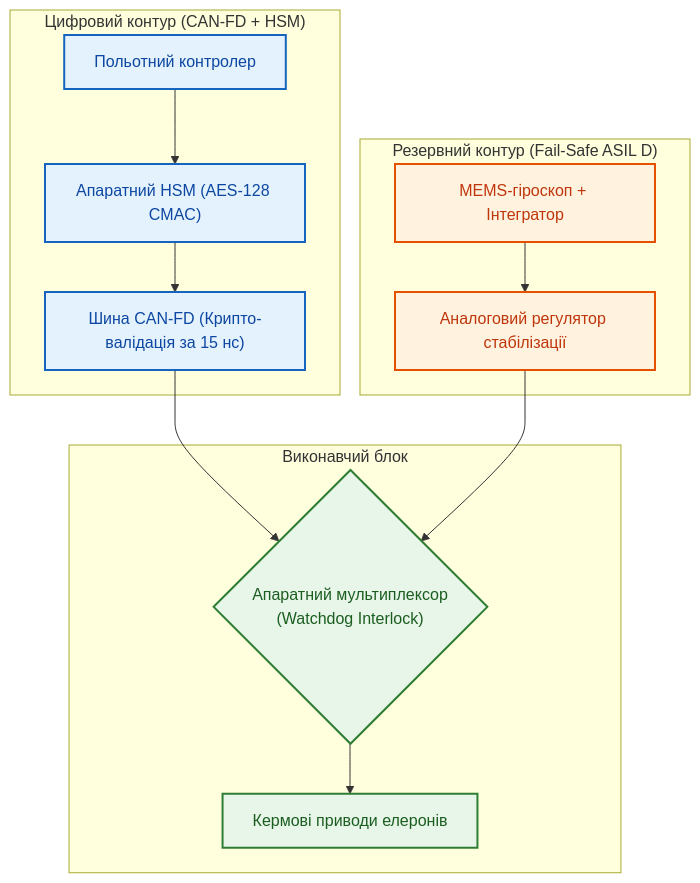
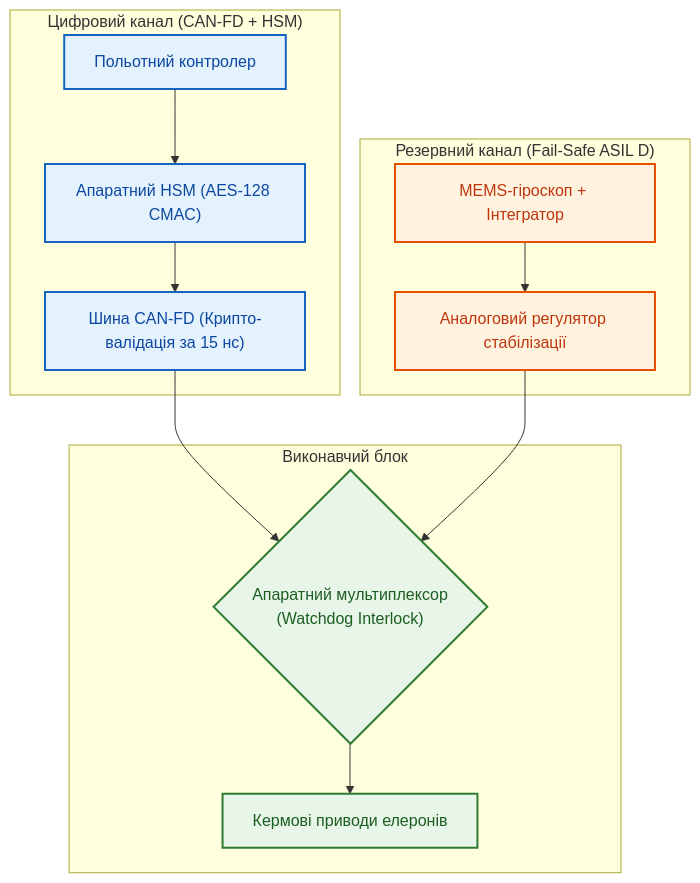
Before and after one commit to nick-fedchik/articles: the fifth of 5 diagrams in ExpertSystem/ch30-safety-cybersecurity-co-engineering.md, drawn with Mermaid. The commit also changed other lines of this file and 5 other files, not shown here.

````diff
--- a/ExpertSystem/ch30-safety-cybersecurity-co-engineering.md
+++ b/ExpertSystem/ch30-safety-cybersecurity-co-engineering.md
@@ -529,33 +596,33 @@
 ```mermaid
 flowchart TD
     accTitle: Архітектура ко-інженерного захисту бортової мережі дрона-перехоплювача
-    accDescr: Двоконтурна схема керування із криптографічним та апаратним резервуванням.
+    accDescr: Схема керування з цифровим каналом та апаратним резервуванням.
 
-    subgraph CyberContour["Цифровий контур (CAN-FD + HSM)"]
+    subgraph CyberContour["Цифровий канал (CAN-FD + HSM)"]
         FC["Польотний контролер"]
         HSM["Апаратний HSM (AES-128 CMAC)"]
         CAN["Шина CAN-FD (Крипто-валідація за 15 нс)"]
     end
 
     subgraph Actuators["Виконавчий блок"]
         Switch{"Апаратний мультиплексор<br/>(Watchdog Interlock)"}
         Servos["Кермові приводи елеронів"]
     end
 
-    subgraph AnalogContour["Резервний контур (Fail-Safe ASIL D)"]
+    subgraph AnalogContour["Резервний канал (Fail-Safe ASIL D)"]
         Gyro["MEMS-гіроскоп + Інтегратор"]
         HardLogic["Аналоговий регулятор стабілізації"]
     end
 
     FC --> HSM --> CAN --> Switch
     Gyro --> HardLogic --> Switch
     Switch --> Servos
 
     classDef digital fill:#e3f2fd,stroke:#1565c0,stroke-width:2px,color:#0d47a1;
     classDef analog fill:#fff3e0,stroke:#e65100,stroke-width:2px,color:#bf360c;
     classDef switch fill:#e8f5e9,stroke:#2e7d32,stroke-width:2px,color:#1b5e20;
 
     class FC,HSM,CAN digital;
     class Gyro,HardLogic analog;
     class Switch,Servos switch;
 ```
````
